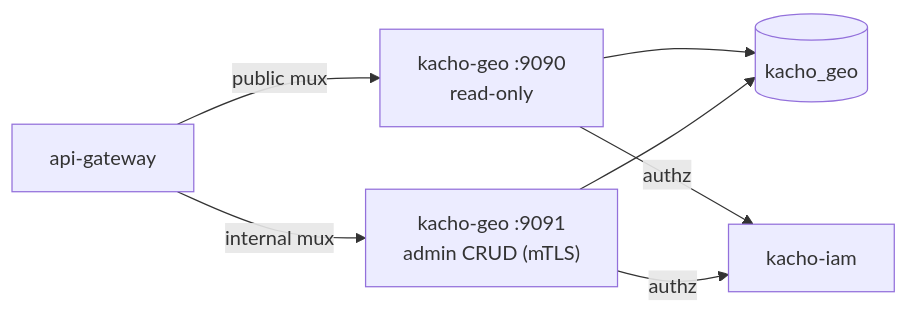
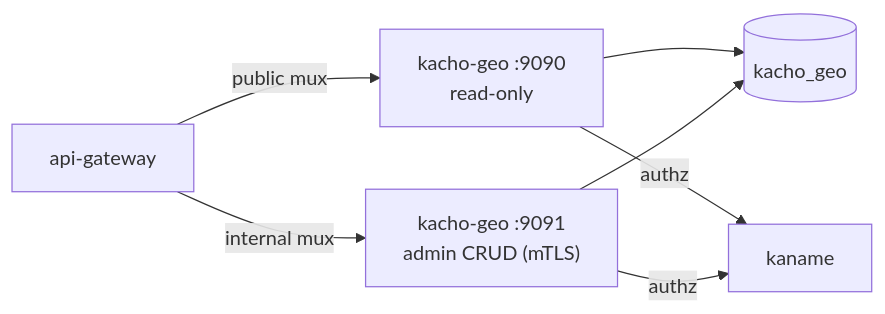
The diagram in services/geo/docs/content/install/deploy.mdx (PRO-Robotech/kacho), drawn with Mermaid before and after one commit. The commit also changed other lines of this file and 5005 other files, not shown here.

````diff
--- a/services/geo/docs/content/install/deploy.mdx
+++ b/services/geo/docs/content/install/deploy.mdx
@@ -80,9 +80,9 @@
 ```mermaid
 flowchart LR
   agw["api-gateway"] -->|"public mux"| pub["kacho-geo :9090<br/>read-only"]
   agw -->|"internal mux"| int["kacho-geo :9091<br/>admin CRUD (mTLS)"]
   pub --> pg[("kacho_geo")]
   int --> pg
-  pub -->|"authz"| iam["kacho-iam"]
+  pub -->|"authz"| iam["kaname"]
   int -->|"authz"| iam
 ```
````
